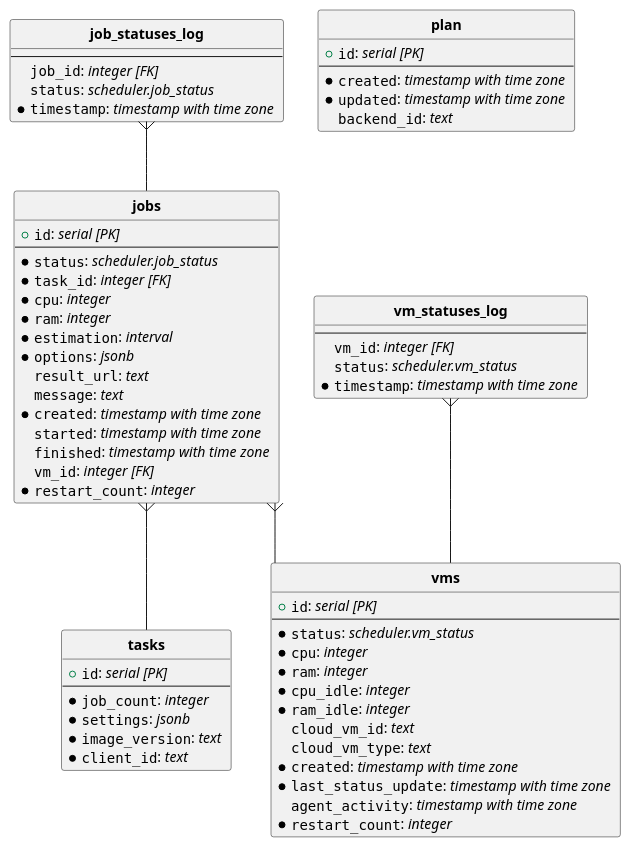
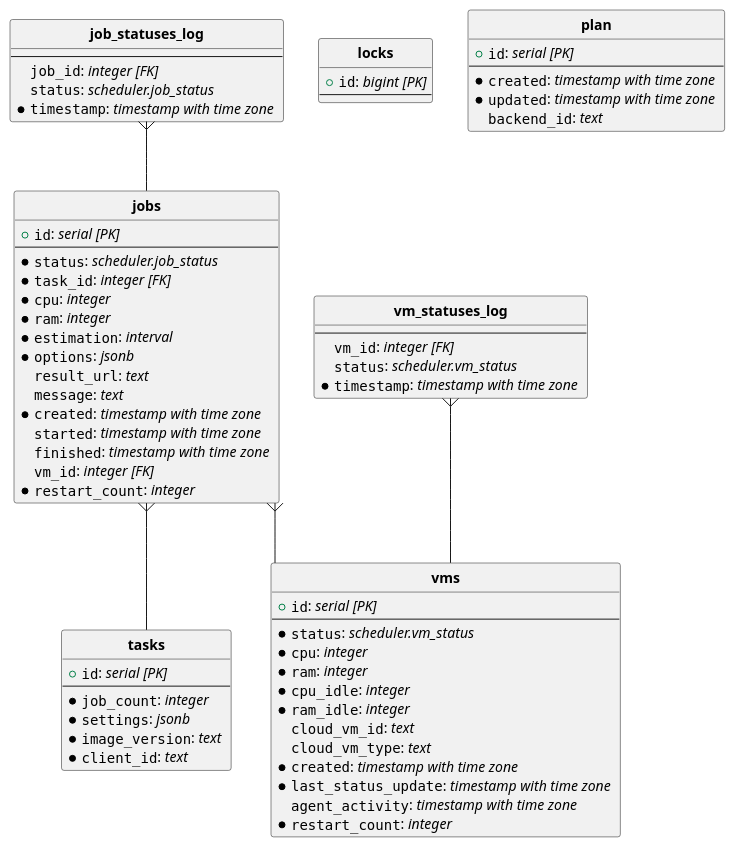
One commit to yutsareva/vm-scheduler changed the diagram in docs/uml-diagrams/db_schema.puml. Above: the diagram before and after it, drawn with PlantUML.

Commit message:
upd db schema uml

```diff
--- a/docs/uml-diagrams/db_schema.puml
+++ b/docs/uml-diagrams/db_schema.puml
@@ -1,79 +1,82 @@
 @startuml
-
 hide circle
 skinparam linetype ortho
 
 entity "**job_statuses_log**" {
   --
   ""job_id"": //integer [FK]//
   ""status"": //scheduler.job_status //
   *""timestamp"": //timestamp with time zone //
 }
 
 entity "**jobs**" {
   + ""id"": //serial [PK]//
   --
   *""status"": //scheduler.job_status //
   *""task_id"": //integer [FK]//
   *""cpu"": //integer //
   *""ram"": //integer //
   *""estimation"": //interval //
   *""options"": //jsonb //
   ""result_url"": //text //
   ""message"": //text //
   *""created"": //timestamp with time zone //
   ""started"": //timestamp with time zone //
   ""finished"": //timestamp with time zone //
   ""vm_id"": //integer [FK]//
   *""restart_count"": //integer //
+}
+
+entity "**locks**" {
+  + ""id"": //bigint [PK]//
+  --
 }
 
 entity "**plan**" {
   + ""id"": //serial [PK]//
   --
   *""created"": //timestamp with time zone //
   *""updated"": //timestamp with time zone //
   ""backend_id"": //text //
 }
 
 entity "**tasks**" {
   + ""id"": //serial [PK]//
   --
   *""job_count"": //integer //
   *""settings"": //jsonb //
   *""image_version"": //text //
   *""client_id"": //text //
 }
 
 entity "**vm_statuses_log**" {
   --
   ""vm_id"": //integer [FK]//
   ""status"": //scheduler.vm_status //
   *""timestamp"": //timestamp with time zone //
 }
 
 entity "**vms**" {
   + ""id"": //serial [PK]//
   --
   *""status"": //scheduler.vm_status //
   *""cpu"": //integer //
   *""ram"": //integer //
   *""cpu_idle"": //integer //
   *""ram_idle"": //integer //
   ""cloud_vm_id"": //text //
   ""cloud_vm_type"": //text //
   *""created"": //timestamp with time zone //
   *""last_status_update"": //timestamp with time zone //
   ""agent_activity"": //timestamp with time zone //
   *""restart_count"": //integer //
 }
 
 "**job_statuses_log**"   }--  "**jobs**"
 
 "**jobs**"   }--  "**tasks**"
 
 "**jobs**"   }--  "**vms**"
 
 "**vm_statuses_log**"   }--  "**vms**"
-
 @enduml
```
